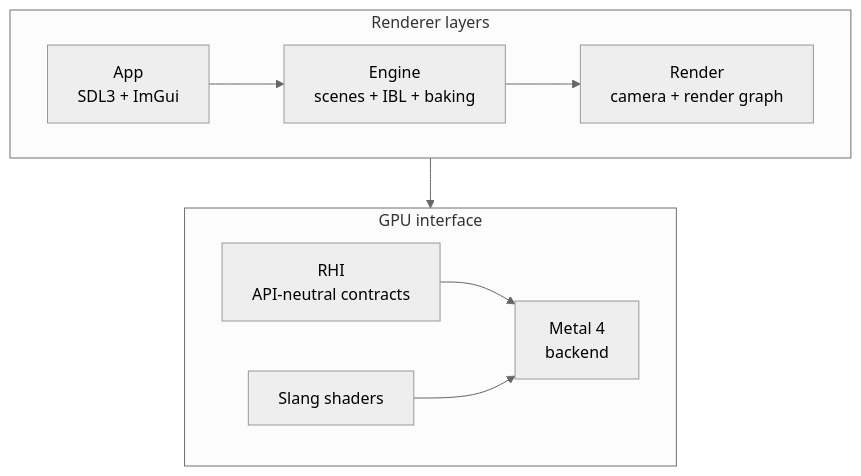
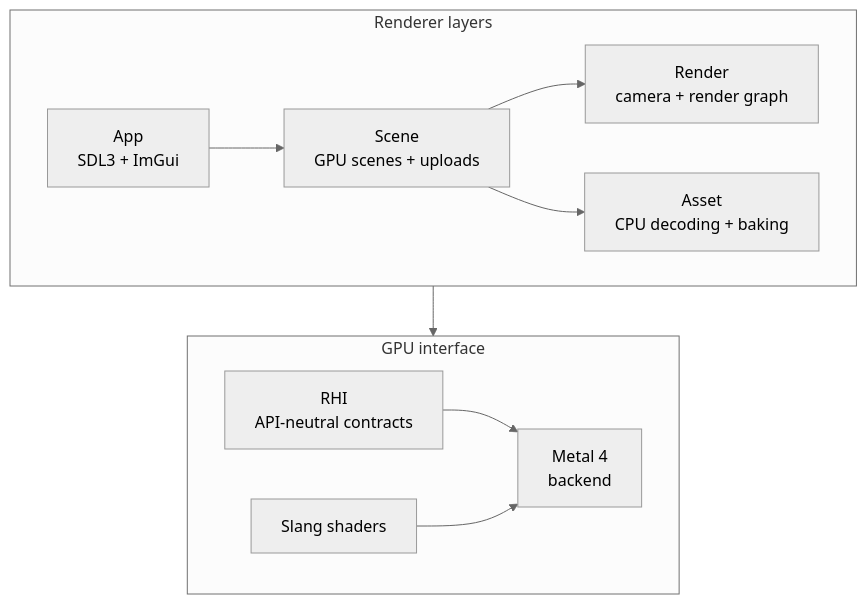
Before and after one commit to AmanThuL/Luminex: the second of 2 diagrams in README.md, drawn with Mermaid (neutral theme). The commit also changed other lines of this file and 134 other files, not shown here.

Commit message:
scene: separate CPU assets from GPU scenes

````diff
--- a/README.md
+++ b/README.md
@@ -127,13 +127,14 @@
 ```mermaid
 flowchart TB
     subgraph Layers["Renderer layers"]
         direction LR
-        App["App<br/>SDL3 + ImGui"] --> Engine["Engine<br/>scenes + IBL + baking"] --> Render["Render<br/>camera + render graph"]
+        App["App<br/>SDL3 + ImGui"] --> Scene["Scene<br/>GPU scenes + uploads"] --> Render["Render<br/>camera + render graph"]
+        Scene --> Asset["Asset<br/>CPU decoding + baking"]
     end
     subgraph GPU["GPU interface"]
         direction LR
         RHI["RHI<br/>API-neutral contracts"] --> Metal["Metal 4<br/>backend"]
         Shaders["Slang shaders"] --> Metal
     end
     Render --> RHI
 ```
````
